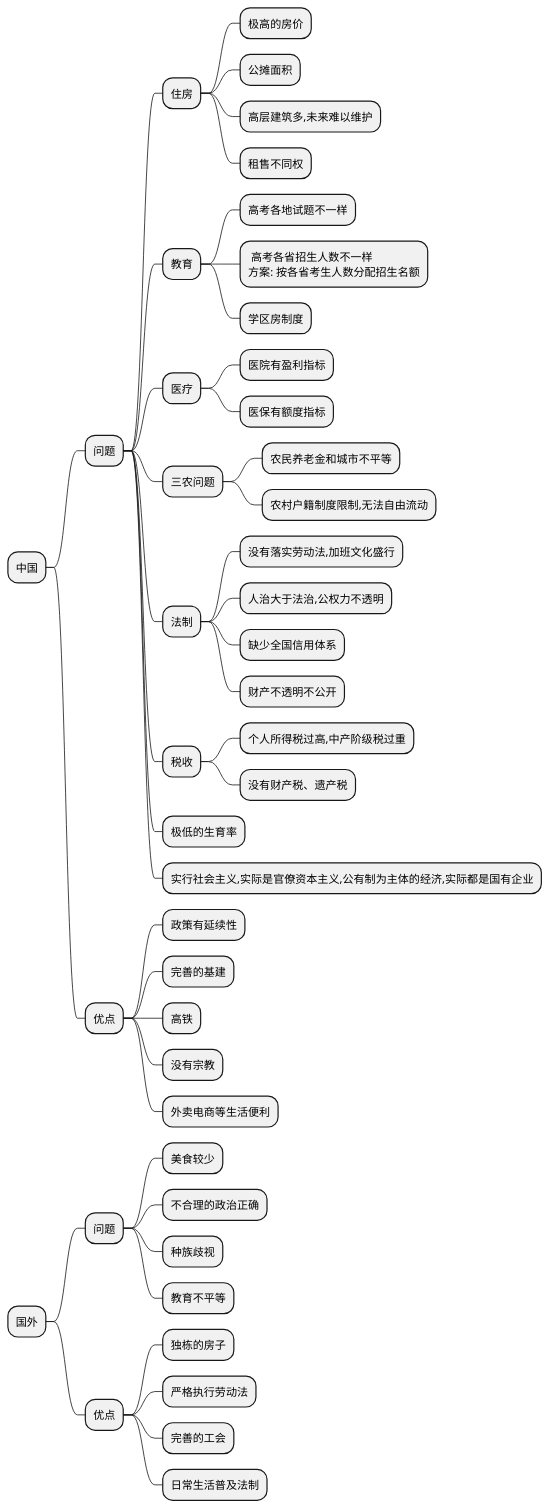
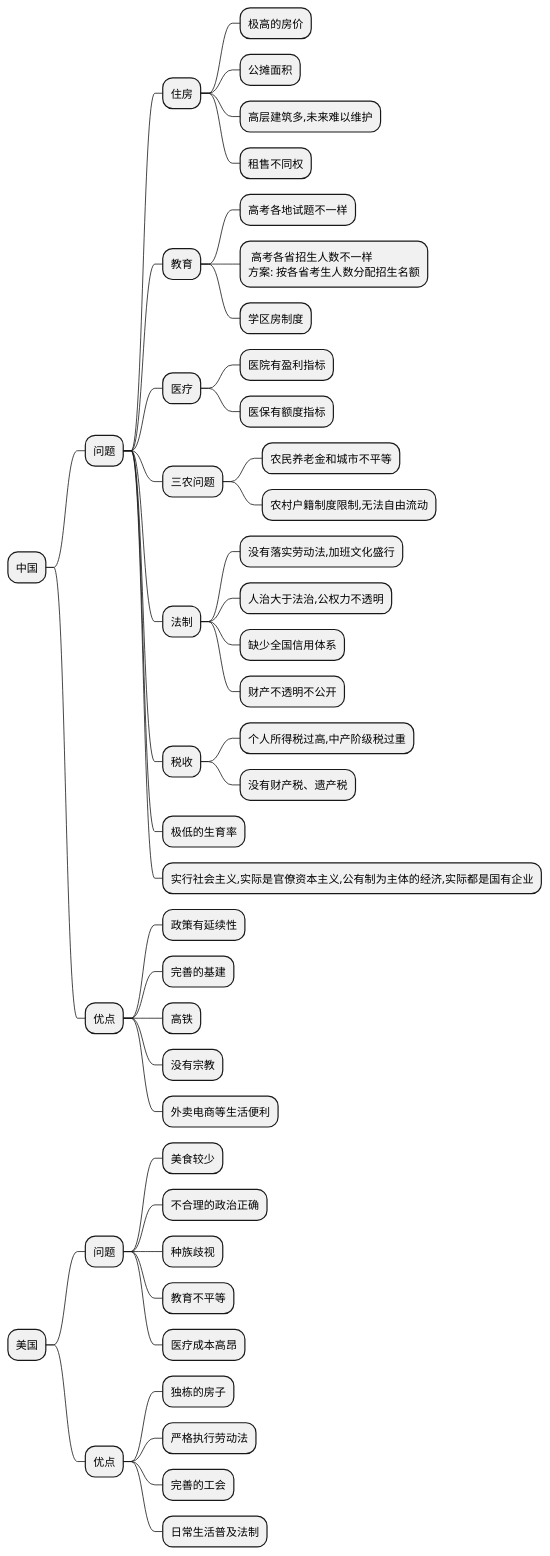
One commit to Huang2070/alpha-centauri-c changed the diagram in E·思考-know_myself/中国社会.plantuml. Above: the diagram before and after it, drawn with PlantUML. The commit also changed 3 other files, not shown here.

```diff
--- a/E·思考-know_myself/中国社会.plantuml
+++ b/E·思考-know_myself/中国社会.plantuml
@@ -1,62 +1,63 @@
 @startmindmap 中国
 * 中国
 ** 问题
 
 *** 住房
 **** 极高的房价
 **** 公摊面积
 **** 高层建筑多,未来难以维护
 **** 租售不同权
 
 *** 教育
 **** 高考各地试题不一样
 ****: 高考各省招生人数不一样
 方案: 按各省考生人数分配招生名额;
 **** 学区房制度
 
 *** 医疗
 **** 医院有盈利指标
 **** 医保有额度指标
 
 *** 三农问题
 **** 农民养老金和城市不平等
 **** 农村户籍制度限制,无法自由流动
 
 *** 法制
 **** 没有落实劳动法,加班文化盛行
 **** 人治大于法治,公权力不透明
 **** 缺少全国信用体系
 **** 财产不透明不公开
 
 *** 税收
 **** 个人所得税过高,中产阶级税过重
 **** 没有财产税、遗产税
 
 
 *** 极低的生育率
 *** 实行社会主义,实际是官僚资本主义,公有制为主体的经济,实际都是国有企业
 
 
 ** 优点
 *** 政策有延续性
 *** 完善的基建
 *** 高铁
 *** 没有宗教
 *** 外卖电商等生活便利
 
 
 
-* 国外
+* 美国
 ** 问题
 *** 美食较少
 *** 不合理的政治正确
 *** 种族歧视
 *** 教育不平等
+*** 医疗成本高昂
 
 
 ** 优点
 *** 独栋的房子
 *** 严格执行劳动法
 *** 完善的工会
 *** 日常生活普及法制
 @endmindmap
```
